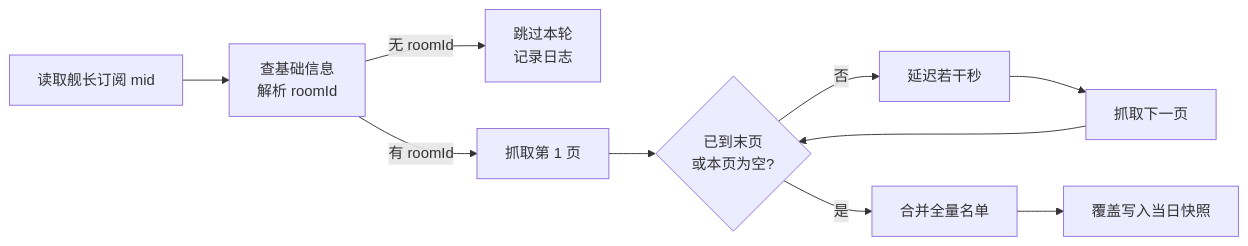
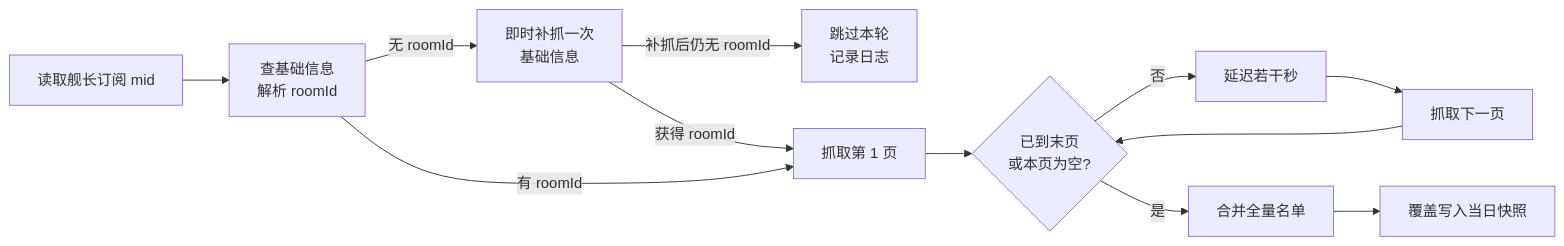
One commit to Deliay/z-vtuber changed the second of 2 diagrams in docs/product/draft/20260831-live-guard-crawl-prd.md. Above: the diagram before and after it, drawn with Mermaid. The commit also changed other lines of this file and 1 other file, not shown here.

Commit message:
docs: crawl basic info on demand when roomId missing for guard crawl

````diff
--- a/docs/product/draft/20260831-live-guard-crawl-prd.md
+++ b/docs/product/draft/20260831-live-guard-crawl-prd.md
@@ -110,10 +110,12 @@
 ```mermaid
 flowchart LR
     A[读取舰长订阅 mid] --> B[查基础信息<br/>解析 roomId]
-    B -->|无 roomId| C[跳过本轮<br/>记录日志]
-    B -->|有 roomId| D[抓取第 1 页]
-    D --> E{已到末页<br/>或本页为空?}
-    E -- 否 --> F[延迟若干秒] --> G[抓取下一页] --> E
-    E -- 是 --> H[合并全量名单]
-    H --> I[覆盖写入当日快照]
+    B -->|无 roomId| C[即时补抓一次<br/>基础信息]
+    C -->|补抓后仍无 roomId| D[跳过本轮<br/>记录日志]
+    C -->|获得 roomId| E[抓取第 1 页]
+    B -->|有 roomId| E
+    E --> F{已到末页<br/>或本页为空?}
+    F -- 否 --> G[延迟若干秒] --> H[抓取下一页] --> F
+    F -- 是 --> I[合并全量名单]
+    I --> J[覆盖写入当日快照]
 ```
````
